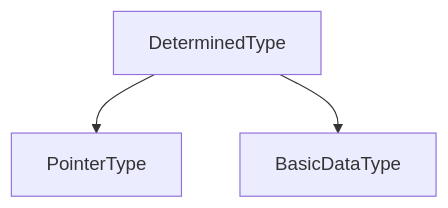
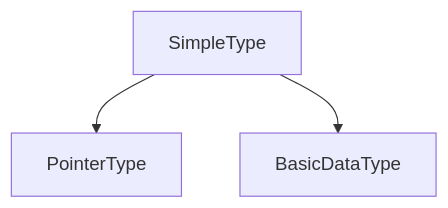
The fourth of 16 diagrams in doc/Alioth-0.9/20190430-类型系统设计.md (YJL-NLP/alioth-dev), drawn with Mermaid before and after one commit. The commit also changed 8 other files, not shown here.

```diff
--- a/doc/Alioth-0.9/20190430-类型系统设计.md
+++ b/doc/Alioth-0.9/20190430-类型系统设计.md
@@ -120,6 +120,6 @@
 ~~~mermaid
 graph TB
 
-DeterminedType --> PointerType
-DeterminedType --> BasicDataType
+SimpleType --> PointerType
+SimpleType --> BasicDataType
 ~~~
```
